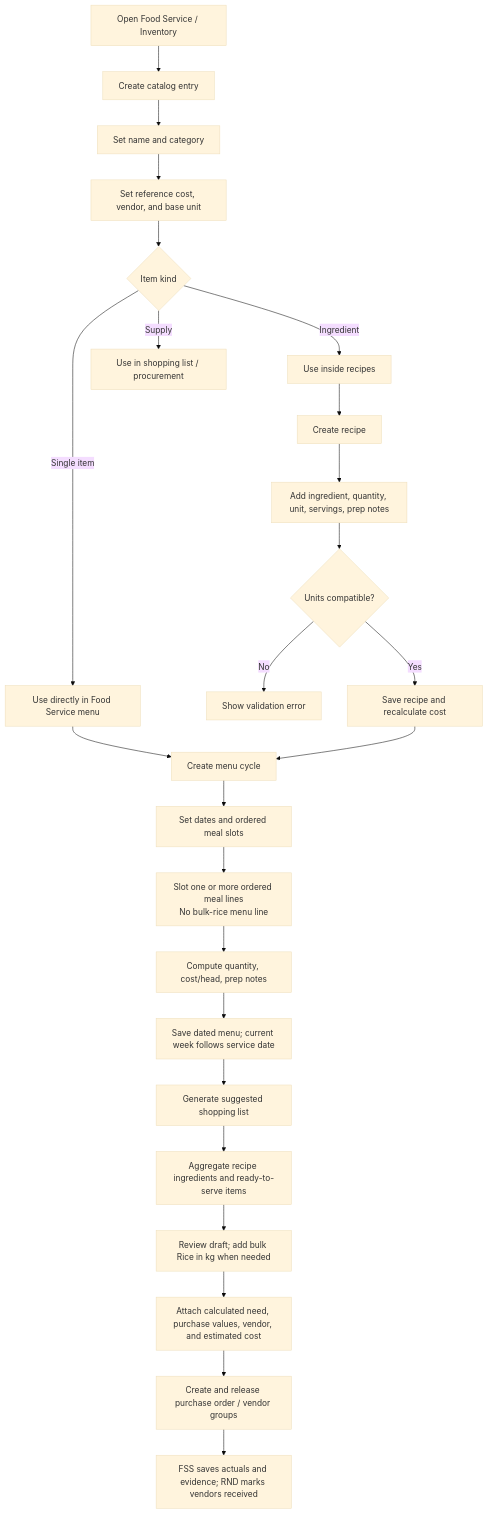
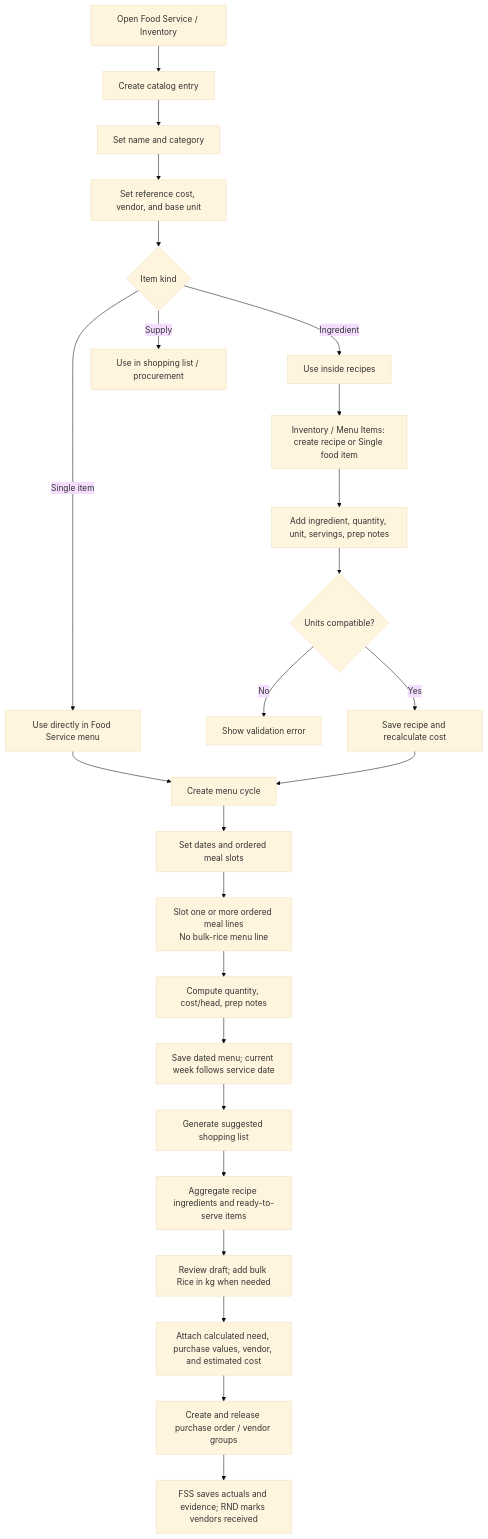
Before and after one commit to ja2gc/Nutriscope: the first of 9 diagrams in docs/module-workflow-flowchart.md, drawn with Mermaid (base theme). The commit also changed other lines of this file and 48 other files, not shown here.

Commit message:
feat(nutrition): align recipe batches, reports, templates, and inventory

````diff
--- a/docs/module-workflow-flowchart.md
+++ b/docs/module-workflow-flowchart.md
@@ -21,30 +21,30 @@
 ```mermaid
 flowchart TD
     A["Open Food Service / Inventory"] --> D["Create catalog entry"]
     D --> E
     E["Set name and category"] --> F["Set reference cost, vendor, and base unit"]
     F --> G{"Item kind"}
     G -->|"Ingredient"| H["Use inside recipes"]
     G -->|"Single item"| I["Use directly in Food Service menu"]
     G -->|"Supply"| J["Use in shopping list / procurement"]
 
-    H --> K["Create recipe"]
+    H --> K["Inventory / Menu Items: create recipe or Single food item"]
     K --> K1["Add ingredient, quantity, unit, servings, prep notes"]
     K1 --> K2{"Units compatible?"}
     K2 -->|"No"| K3["Show validation error"]
     K2 -->|"Yes"| K4["Save recipe and recalculate cost"]
 
     I --> L["Create menu cycle"]
     K4 --> L
     L --> L1["Set dates and ordered meal slots"]
     L1 --> L2["Slot one or more ordered meal lines<br/>No bulk-rice menu line"]
     L2 --> L3["Compute quantity, cost/head, prep notes"]
     L3 --> L4["Save dated menu; current week follows service date"]
 
     L4 --> M["Generate suggested shopping list"]
     M --> N["Aggregate recipe ingredients and ready-to-serve items"]
     N --> N1["Review draft; add bulk Rice in kg when needed"]
     N1 --> O["Attach calculated need, purchase values, vendor, and estimated cost"]
     O --> P["Create and release purchase order / vendor groups"]
     P --> Q["FSS saves actuals and evidence; RND marks vendors received"]
 ```
````
